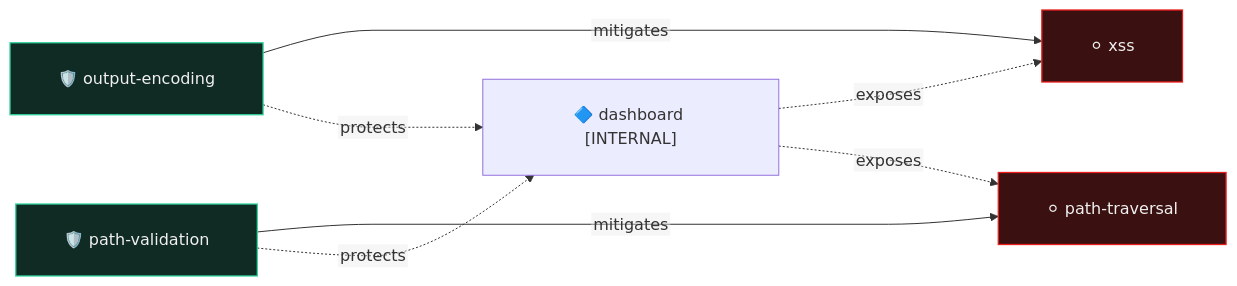
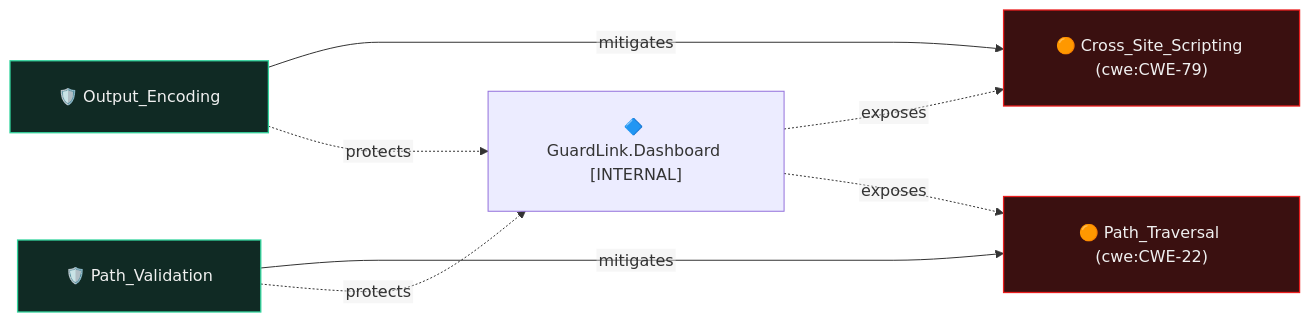
The diagram in .guardlink/graph/by-feature/dashboard.mmd (Bugb-Technologies/guardlink), drawn with Mermaid before and after one commit. The commit also changed 15 other files, not shown here.

```diff
--- a/.guardlink/graph/by-feature/dashboard.mmd
+++ b/.guardlink/graph/by-feature/dashboard.mmd
@@ -1,25 +1,38 @@
 %% GENERATED FILE — do not edit. Regenerate with: guardlink artifacts .
-%% artifact:        by-feature/dashboard.mmd (@feature "Dashboard")
-%% annotation_hash: sha256-v2:69d3feaf23e67dd0d5d86273517b07c34d91b9a61c038e0ebea8fc9f7b395f1c
+%% artifact:        by-feature/dashboard.mmd
+%% scope:           PARTIAL — @feature "Dashboard" only, not the whole model
+%% annotation_hash: sha256-v2:05e06e265ed77333a5e44246a4c2c616f8b8504891e5d143cb6e4f4492042e6b
 %% generator:       guardlink@2.0.0
 %% ---
 %% This diagram is derived from the annotations in this repository. If
 %% annotation_hash above differs from what `guardlink status .` reports, the
 %% diagram is STALE — regenerate rather than trusting it.
+%% ---
+%% NARROWED VIEW. The edges below are the relations annotated in files
+%% tagged @feature "Dashboard"; the nodes are the assets, threats and
+%% controls those relations reference, resolved from their definitions
+%% wherever those are declared. A node missing from this file is one this
+%% feature does not touch — it is NOT missing from the threat model. For
+%% that, read ../threat-graph.mmd.
+%% annotation_hash above is the hash of the WHOLE project's annotations —
+%% the state this view was cut from — not of the narrowing. It is shared by
+%% every artifact in the same emission on purpose: it is what makes one
+%% `guardlink validate . --artifacts` check answer for all of them, and it
+%% lets this file be lined up against model.json from the same run.
 %% When it was generated and at which commit: ask git. Those move for reasons
 %% unrelated to the diagram, so they are reported at emission time, not stored.
 %%{init: {"flowchart": {"nodeSpacing": 55, "rankSpacing": 150, "curve": "monotoneX", "htmlLabels": false, "padding": 24}}}%%
 graph LR
-  dashboard["🔷 dashboard [INTERNAL]"]
-  xss["⚪ xss"]:::threat
-  path_traversal["⚪ path-traversal"]:::threat
-  output_encoding["🛡️ output-encoding"]:::control
-  path_validation["🛡️ path-validation"]:::control
+  dashboard["🔷 GuardLink.Dashboard [INTERNAL]"]
+  xss["🟠 Cross_Site_Scripting (cwe:CWE-79)"]:::threat
+  path_traversal["🟠 Path_Traversal (cwe:CWE-22)"]:::threat
+  output_encoding["🛡️ Output_Encoding"]:::control
+  path_validation["🛡️ Path_Validation"]:::control
   dashboard -. exposes .-> xss
   dashboard -. exposes .-> path_traversal
   output_encoding -- mitigates --> xss
   output_encoding -. protects .-> dashboard
   path_validation -- mitigates --> path_traversal
   path_validation -. protects .-> dashboard
   classDef threat fill:#3a1010,stroke:#ea1d1d,color:#f0f0f0,stroke-width:1.3px
   classDef control fill:#102a24,stroke:#33d49d,color:#f0f0f0,stroke-width:1.3px
```
